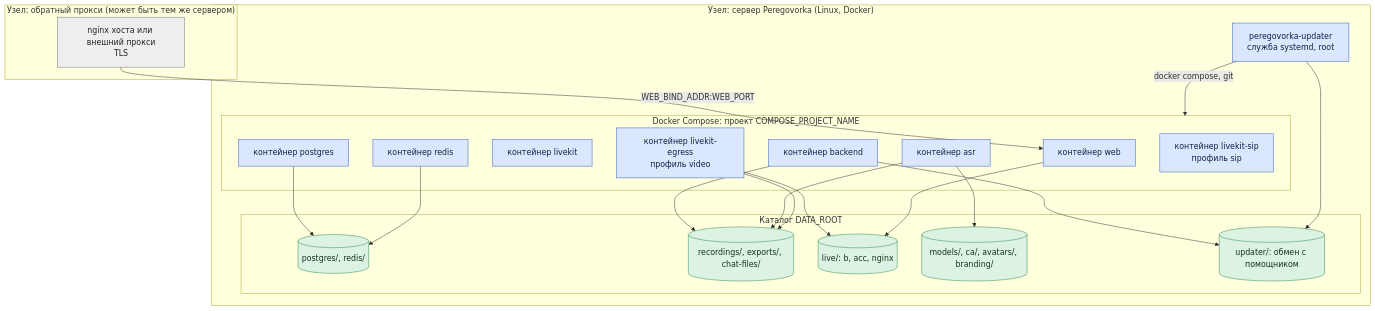
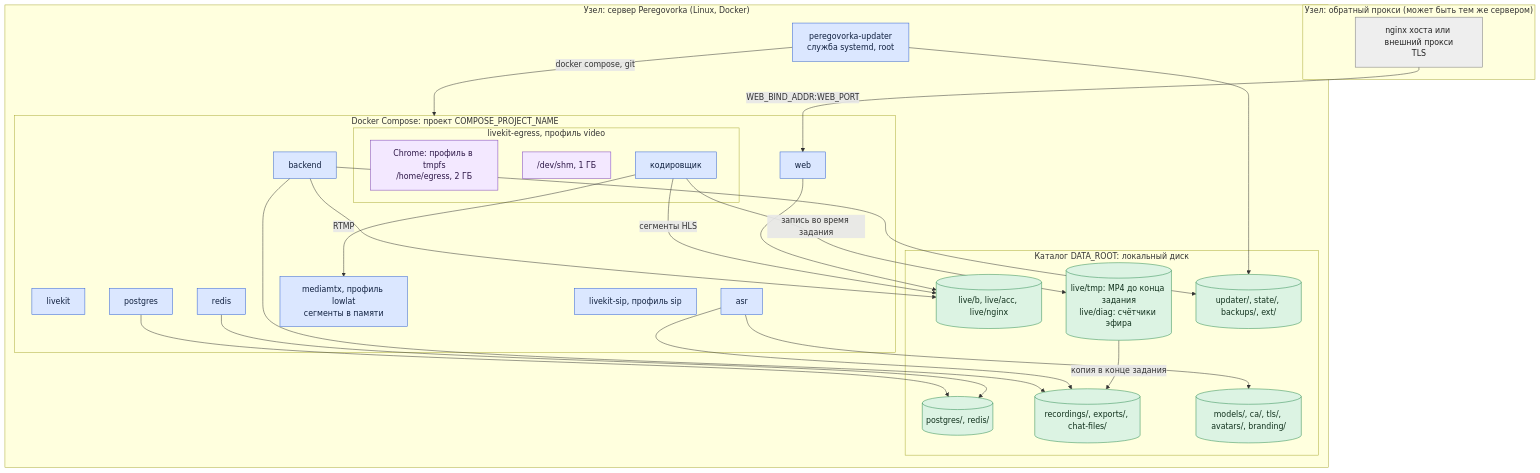
Before and after one commit to calleograph/peregovorka: the first of 3 diagrams in wiki/Архитектура-Развёртывание.md, drawn with Mermaid. The commit also changed other lines of this file and 322 other files, not shown here.

````diff
--- a/wiki/Архитектура-Развёртывание.md
+++ b/wiki/Архитектура-Развёртывание.md
@@ -9,41 +9,51 @@
 ```mermaid
 flowchart TB
   subgraph EDGE["Узел: обратный прокси (может быть тем же сервером)"]
     NG["nginx хоста или внешний прокси<br/>TLS"]:::ext
   end
   subgraph HOST["Узел: сервер Peregovorka (Linux, Docker)"]
     UPD["peregovorka-updater<br/>служба systemd, root"]:::own
     subgraph DC["Docker Compose: проект COMPOSE_PROJECT_NAME"]
-      W["контейнер web"]:::own
-      B["контейнер backend"]:::own
-      LK["контейнер livekit"]:::own
-      A["контейнер asr"]:::own
-      PG["контейнер postgres"]:::own
-      R["контейнер redis"]:::own
-      E["контейнер livekit-egress<br/>профиль video"]:::own
-      S["контейнер livekit-sip<br/>профиль sip"]:::own
+      W["web"]:::own
+      B["backend"]:::own
+      LK["livekit"]:::own
+      A["asr"]:::own
+      PG["postgres"]:::own
+      R["redis"]:::own
+      subgraph EG["livekit-egress, профиль video"]
+        CH["Chrome: профиль в tmpfs<br/>/home/egress, 2 ГБ"]:::mem
+        SH["/dev/shm, 1 ГБ"]:::mem
+        ENC["кодировщик"]:::own
+      end
+      MM["mediamtx, профиль lowlat<br/>сегменты в памяти"]:::own
+      S["livekit-sip, профиль sip"]:::own
     end
-    subgraph DATA["Каталог DATA_ROOT"]
+    subgraph DATA["Каталог DATA_ROOT: локальный диск"]
       D1[("postgres/, redis/")]:::data
       D2[("recordings/, exports/, chat-files/")]:::data
-      D3[("live/: b, acc, nginx")]:::data
-      D4[("models/, ca/, avatars/, branding/")]:::data
-      D5[("updater/: обмен с помощником")]:::data
+      D3[("live/b, live/acc, live/nginx")]:::data
+      D6[("live/tmp: MP4 до конца задания<br/>live/diag: счётчики эфира")]:::data
+      D4[("models/, ca/, tls/, avatars/, branding/")]:::data
+      D5[("updater/, state/, backups/, ext/")]:::data
     end
   end
   NG -->|"WEB_BIND_ADDR:WEB_PORT"| W
   PG --> D1
   R --> D1
   B --> D2
+  B --> D3
+  B --> D5
   A --> D2
   A --> D4
-  E --> D2
-  E --> D3
+  ENC -->|"сегменты HLS"| D3
+  ENC -->|"запись во время задания"| D6
+  D6 -->|"копия в конце задания"| D2
+  ENC -->|"RTMP"| MM
   W --> D3
-  B --> D5
   UPD --> D5
   UPD -->|"docker compose, git"| DC
   classDef own fill:#dbe7ff,stroke:#2f5fd0,color:#10203f
   classDef data fill:#dcf3e3,stroke:#2b8a4e,color:#10301c
   classDef ext fill:#eee,stroke:#777,color:#222
+  classDef mem fill:#f3e8ff,stroke:#7a3fb8,color:#2c1646
 ```
````
